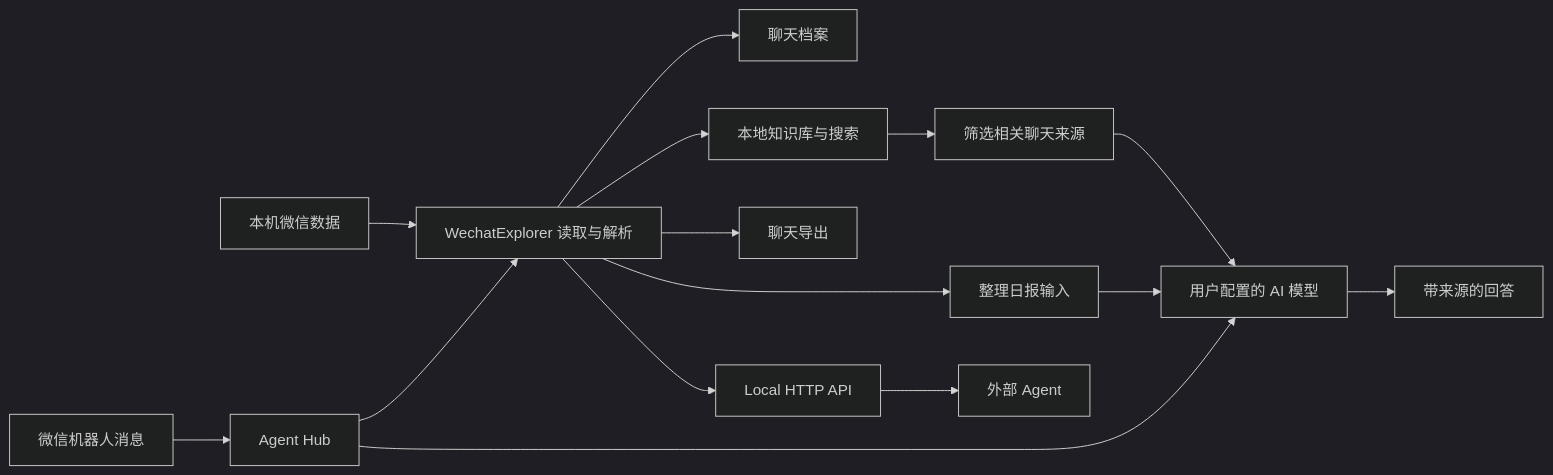
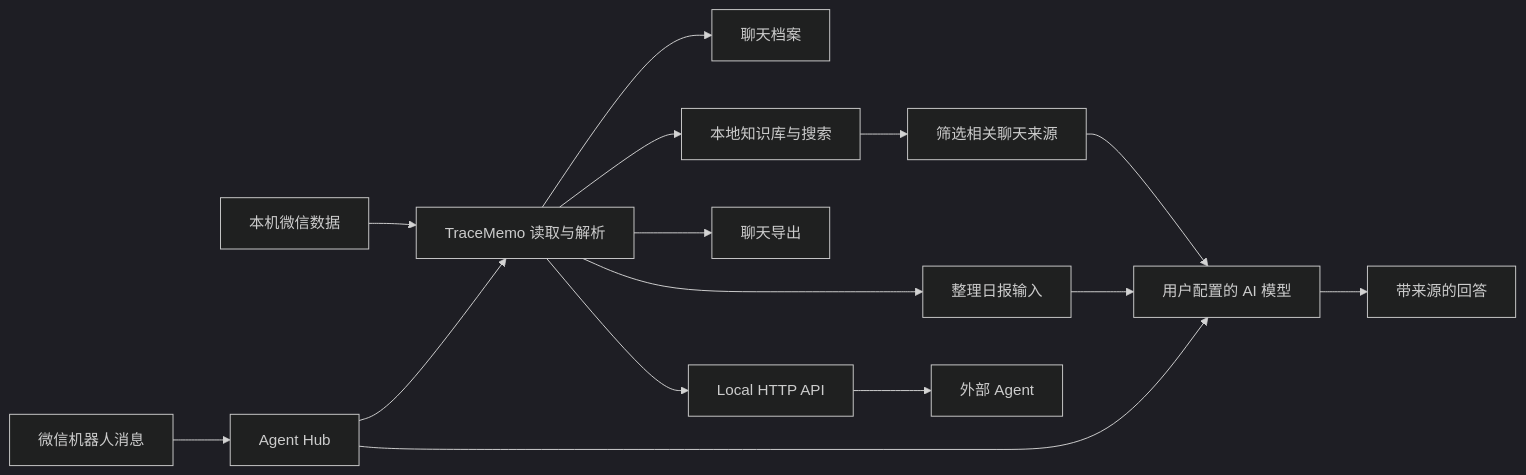
One commit to MichaelC001/WechatExplorer changed the diagram in README.md. Above: the diagram before and after it, drawn with Mermaid (dark theme). The commit also changed other lines of this file and 85 other files, not shown here.

First line of the commit message:
feat: 完成 TraceMemo v2.2.0 品牌升级并保留旧数据兼容

````diff
--- a/README.md
+++ b/README.md
@@ -153,17 +167,17 @@
 ```mermaid
 flowchart LR
-    A[本机微信数据] --> B[WechatExplorer 读取与解析]
+    A[本机微信数据] --> B[TraceMemo 读取与解析]
     B --> C[聊天档案]
     B --> D[本地知识库与搜索]
     D --> E[筛选相关聊天来源]
     E --> F[用户配置的 AI 模型]
     F --> G[带来源的回答]
     B --> H[整理日报输入]
     H --> F
     B --> I[聊天导出]
     B --> J[Local HTTP API]
     J --> K[外部 Agent]
     L[微信机器人消息] --> M[Agent Hub]
     M --> B
     M --> F
 ```
````
